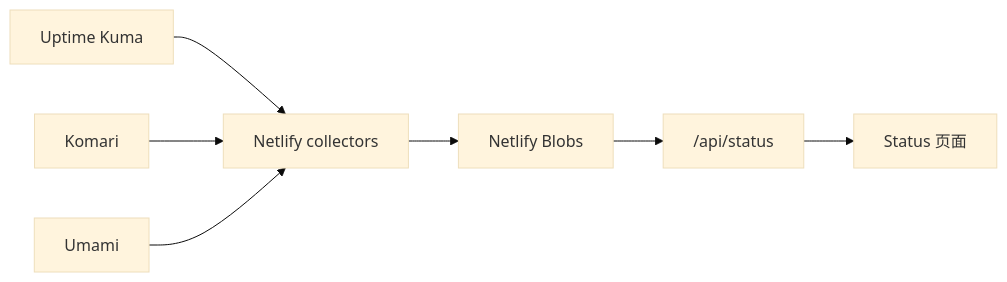
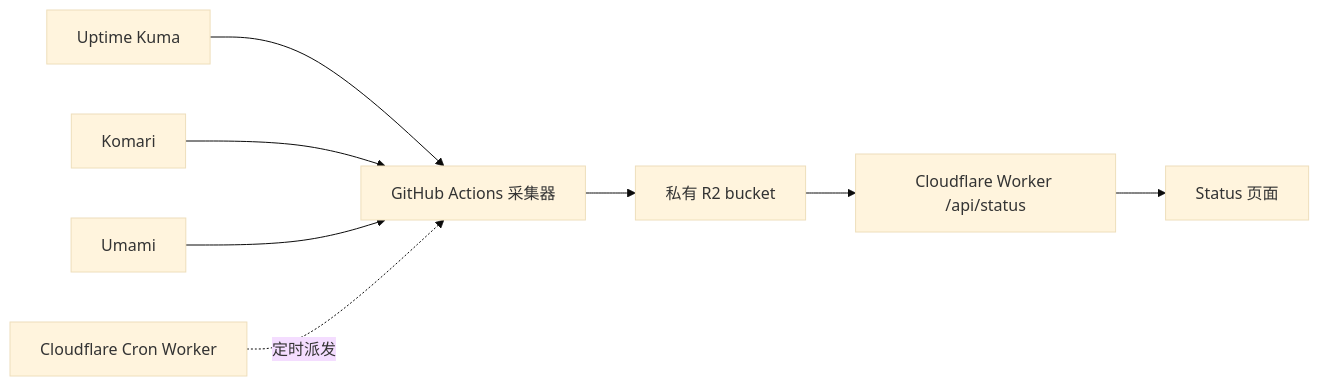
One commit to YourTongji/YourTJ-Doc changed the diagram in guide/status.md. Above: the diagram before and after it, drawn with Mermaid (base theme). The commit also changed other lines of this file, not shown here.

First line of the commit message:
docs: 状态站文档从 Netlify 架构改写为 Cloudflare 架构 (#6)

````diff
--- a/guide/status.md
+++ b/guide/status.md
@@ -19,9 +20,10 @@
 ```mermaid
 flowchart LR
-  U["Uptime Kuma"] --> C["Netlify collectors"]
+  U["Uptime Kuma"] --> C["GitHub Actions 采集器"]
   K["Komari"] --> C
   M["Umami"] --> C
-  C --> B["Netlify Blobs"]
-  B --> A["/api/status"]
+  S["Cloudflare Cron Worker"] -. 定时派发 .-> C
+  C --> B["私有 R2 bucket"]
+  B --> A["Cloudflare Worker /api/status"]
   A --> P["Status 页面"]
 ```
````
